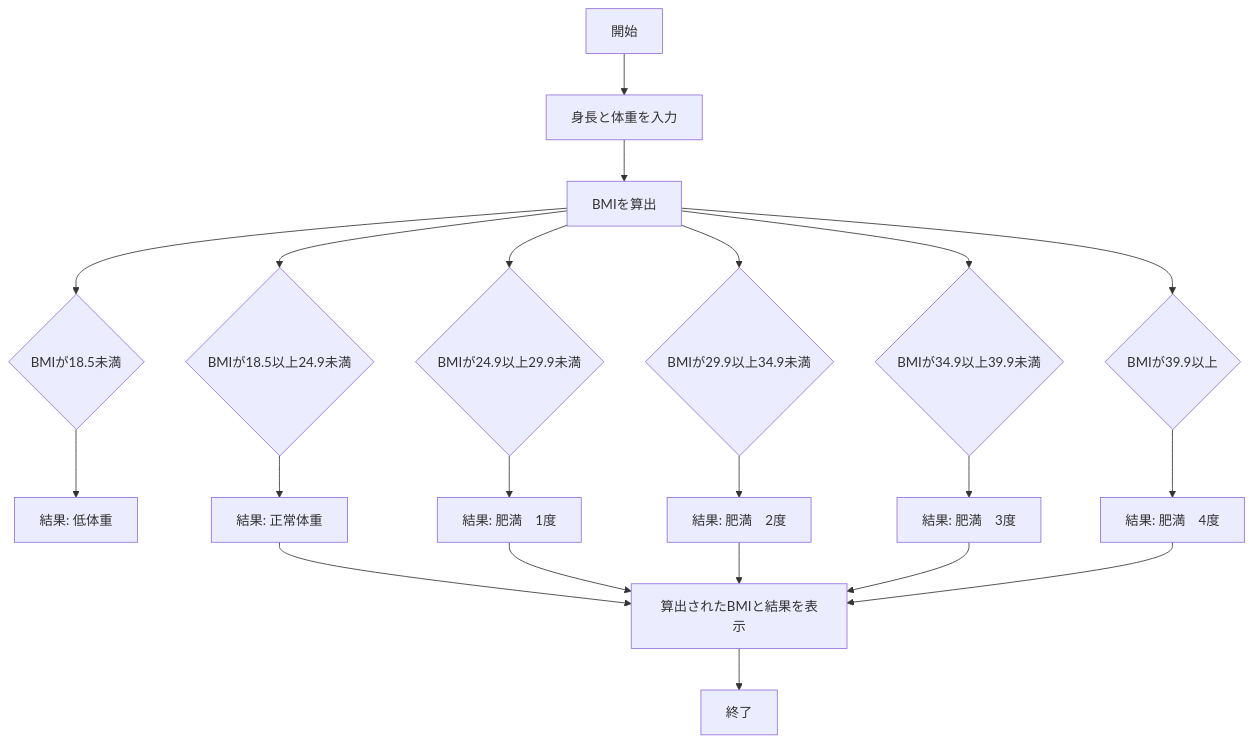
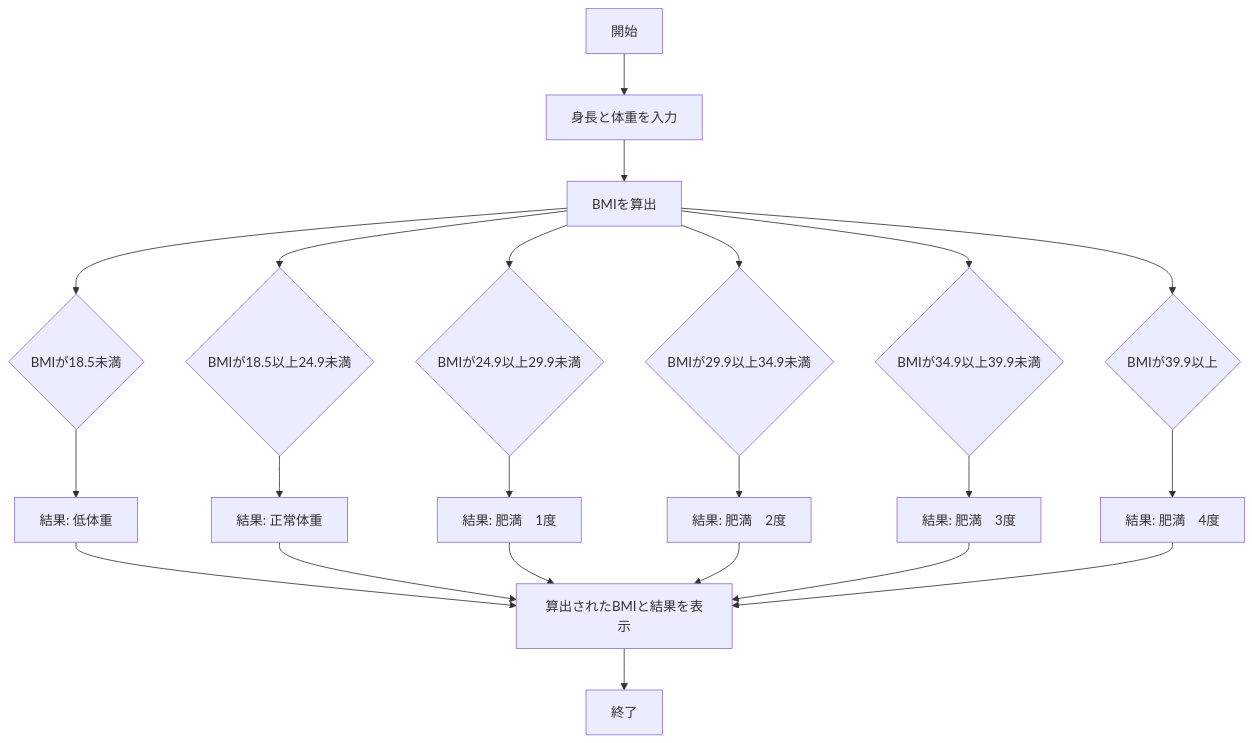
The third of 3 diagrams in janken-app/README.md (taiki3500521/webpro_06), drawn with Mermaid before and after one commit.

````diff
--- a/janken-app/README.md
+++ b/janken-app/README.md
@@ -59,23 +59,24 @@
 ```mermaid
 flowchart TD;
-    A[開始] --> B[身長と体重を入力];
-    B --> C[BMIを算出];
-    C --> D{BMIが18.5未満};
-    C --> E{BMIが18.5以上24.9未満};
-    C --> F{BMIが24.9以上29.9未満};
-    C --> G{BMIが29.9以上34.9未満};
-    C --> H{BMIが34.9以上39.9未満};
-    C --> I{BMIが39.9以上};
-    D --> J[結果: 低体重];
-    E --> K[結果: 正常体重];
-    F --> L[結果: 肥満　1度];
-    G --> M[結果: 肥満　2度];
-    H --> N[結果: 肥満　3度];
-    I --> O[結果: 肥満　4度];
-    K --> P[算出されたBMIと結果を表示];
-    L --> P;
-    M --> P;
-    N --> P;
-    O --> P;
-    P --> Q[終了];
+   A[開始] --> B[身長と体重を入力];
+   B --> C[BMIを算出];
+   C --> D{BMIが18.5未満};
+   C --> E{BMIが18.5以上24.9未満};
+   C --> F{BMIが24.9以上29.9未満};
+   C --> G{BMIが29.9以上34.9未満};
+   C --> H{BMIが34.9以上39.9未満};
+   C --> I{BMIが39.9以上};
+   D --> J[結果: 低体重];
+   E --> K[結果: 正常体重];
+   F --> L[結果: 肥満　1度];
+   G --> M[結果: 肥満　2度];
+   H --> N[結果: 肥満　3度];
+   I --> O[結果: 肥満　4度];
+   J --> P[算出されたBMIと結果を表示];
+   K --> P;
+   L --> P;
+   M --> P;
+   N --> P;
+   O --> P;
+   P --> Q[終了];
 ```
````
